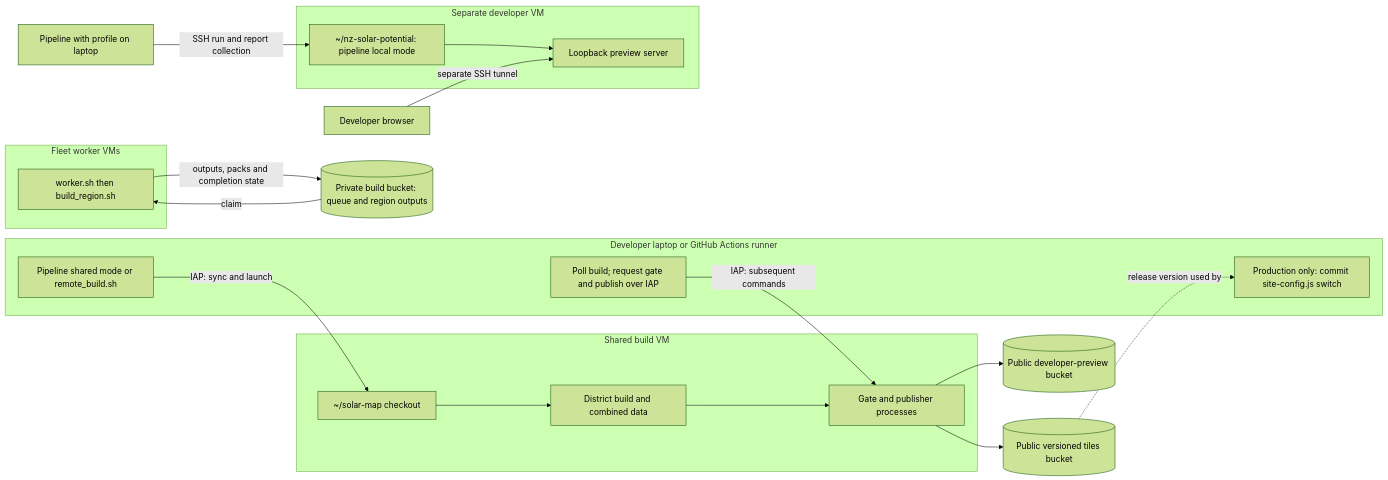
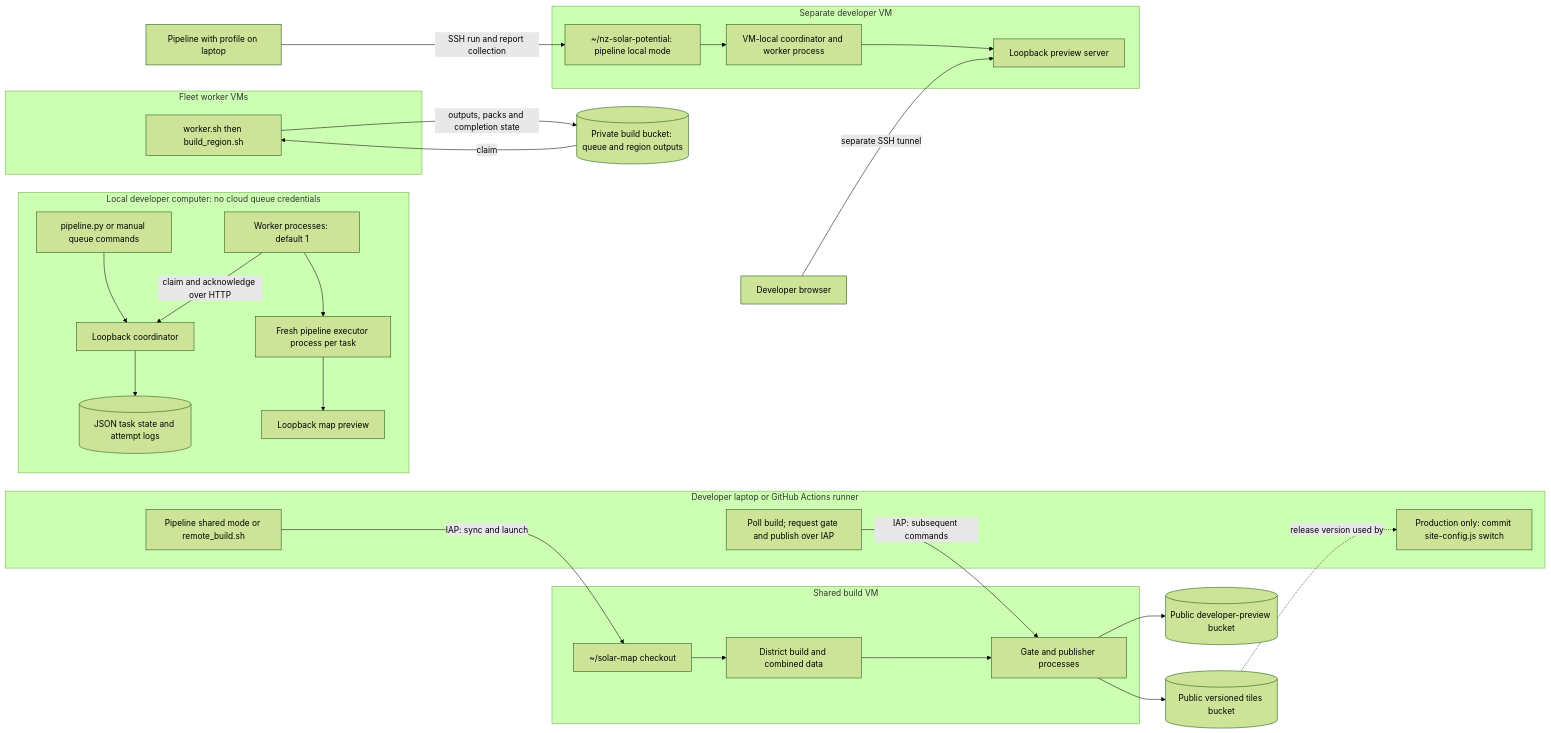
One commit to rewiring-nz/nz-solar-potential changed the second of 4 diagrams in docs/developers/tooling-execution.md. Above: the diagram before and after it, drawn with Mermaid (forest theme). The commit also changed other lines of this file and 41 other files, not shown here.

Commit message:
#45 Start align local pipeline with cloud, support threads, update docs

````diff
--- a/docs/developers/tooling-execution.md
+++ b/docs/developers/tooling-execution.md
@@ -82,31 +85,44 @@
 ```mermaid
 flowchart LR
+  subgraph LocalMachine["Local developer computer: no cloud queue credentials"]
+    LocalCLI["pipeline.py or manual queue commands"]
+    LocalCoordinator["Loopback coordinator"]
+    LocalState[("JSON task state and attempt logs")]
+    LocalPool["Worker processes: default 1"]
+    LocalExecutor["Fresh pipeline executor process per task"]
+    LocalPreview["Loopback map preview"]
+    LocalCLI --> LocalCoordinator
+    LocalCoordinator --> LocalState
+    LocalPool -->|claim and acknowledge over HTTP| LocalCoordinator
+    LocalPool --> LocalExecutor --> LocalPreview
+  end
   subgraph Caller["Developer laptop or GitHub Actions runner"]
     Launch["Pipeline shared mode or remote_build.sh"]
     Control["Poll build; request gate and publish over IAP"]
     Switch["Production only: commit site-config.js switch"]
   end
   subgraph Shared["Shared build VM"]
     Checkout["~/solar-map checkout"]
     Build["District build and combined data"]
     GatePublish["Gate and publisher processes"]
     Checkout --> Build --> GatePublish
   end
   Launch -->|IAP: sync and launch| Checkout
   Control -->|IAP: subsequent commands| GatePublish
   GatePublish --> PreviewBucket[("Public developer-preview bucket")]
   GatePublish --> ReleaseBucket[("Public versioned tiles bucket")]
   ReleaseBucket -.->|release version used by| Switch
   subgraph Profile["Separate developer VM"]
     ProfileRun["~/nz-solar-potential: pipeline local mode"]
+    ProfileQueue["VM-local coordinator and worker process"]
     ProfileServer["Loopback preview server"]
-    ProfileRun --> ProfileServer
+    ProfileRun --> ProfileQueue --> ProfileServer
   end
   ProfileCaller["Pipeline with profile on laptop"] -->|SSH run and report collection| ProfileRun
   Browser["Developer browser"] -->|separate SSH tunnel| ProfileServer
   subgraph Workers["Fleet worker VMs"]
     WorkerRun["worker.sh then build_region.sh"]
   end
   Queue[("Private build bucket: queue and region outputs")] -->|claim| WorkerRun
   WorkerRun -->|outputs, packs and completion state| Queue
 ```
````
